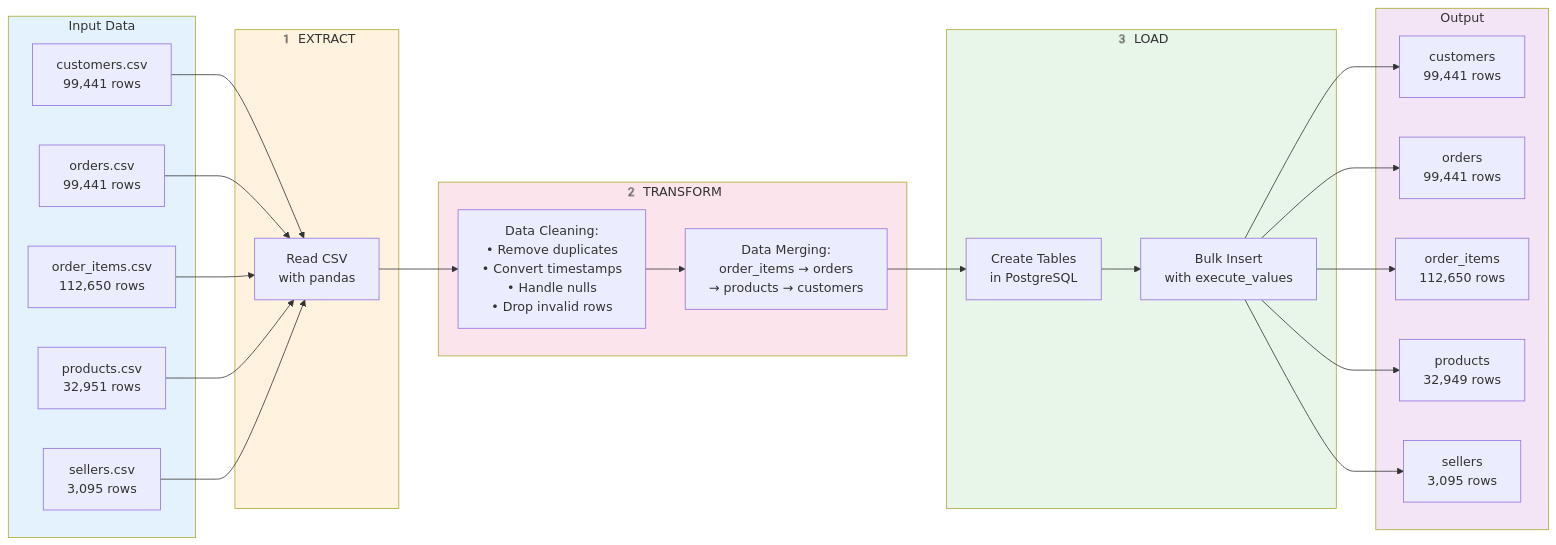
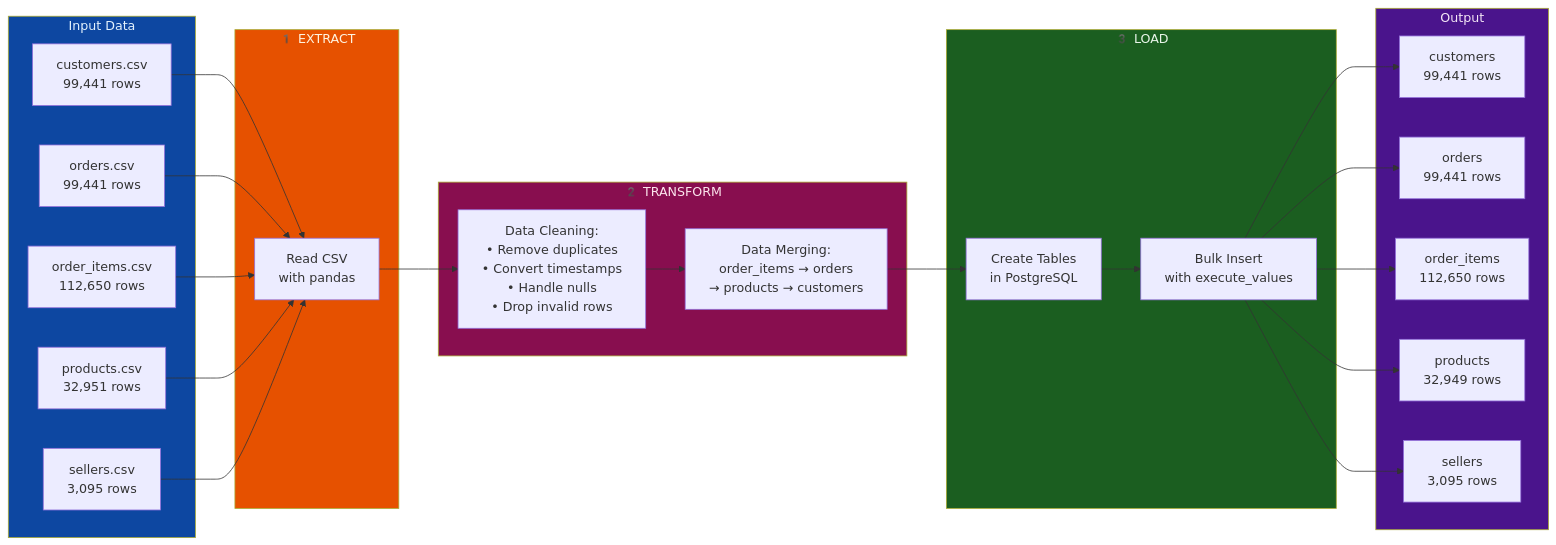
The third of 5 diagrams in README.md (hendrakurn/P2-ETL_Ecommerce_Postgres), drawn with Mermaid before and after one commit. The commit also changed other lines of this file, not shown here.

````diff
--- a/README.md
+++ b/README.md
@@ -88,45 +89,46 @@
 ```mermaid
 flowchart LR
     subgraph INPUT[" Input Data"]
         C1["customers.csv<br/>99,441 rows"]
         O1["orders.csv<br/>99,441 rows"]
         OI1["order_items.csv<br/>112,650 rows"]
         P1["products.csv<br/>32,951 rows"]
         S1["sellers.csv<br/>3,095 rows"]
     end
     
     subgraph EXTRACT["1️ EXTRACT"]
         E["Read CSV<br/>with pandas"]
     end
     
     subgraph TRANSFORM["2️ TRANSFORM"]
         CLEAN["Data Cleaning:<br/>• Remove duplicates<br/>• Convert timestamps<br/>• Handle nulls<br/>• Drop invalid rows"]
         MERGE["Data Merging:<br/>order_items → orders<br/>→ products → customers"]
     end
     
     subgraph LOAD["3️ LOAD"]
         CREATE["Create Tables<br/>in PostgreSQL"]
         INSERT["Bulk Insert<br/>with execute_values"]
     end
     
     subgraph OUTPUT[" Output"]
         T1["customers<br/>99,441 rows"]
         T2["orders<br/>99,441 rows"]
         T3["order_items<br/>112,650 rows"]
         T4["products<br/>32,949 rows"]
         T5["sellers<br/>3,095 rows"]
     end
     
     C1 & O1 & OI1 & P1 & S1 --> E
     E --> CLEAN
     CLEAN --> MERGE
     MERGE --> CREATE
     CREATE --> INSERT
     INSERT --> T1 & T2 & T3 & T4 & T5
     
-    style INPUT fill:#e3f2fd
-    style EXTRACT fill:#fff3e0
-    style TRANSFORM fill:#fce4ec
-    style LOAD fill:#e8f5e9
-    style OUTPUT fill:#f3e5f5
+    style INPUT fill:#0d47a1,color:#e3f2fd
+    style EXTRACT fill:#e65100,color:#fff3e0
+    style TRANSFORM fill:#880e4f,color:#fce4ec
+    style LOAD fill:#1b5e20,color:#e8f5e9
+    style OUTPUT fill:#4a148c,color:#f3e5f5
+
 ```
````
